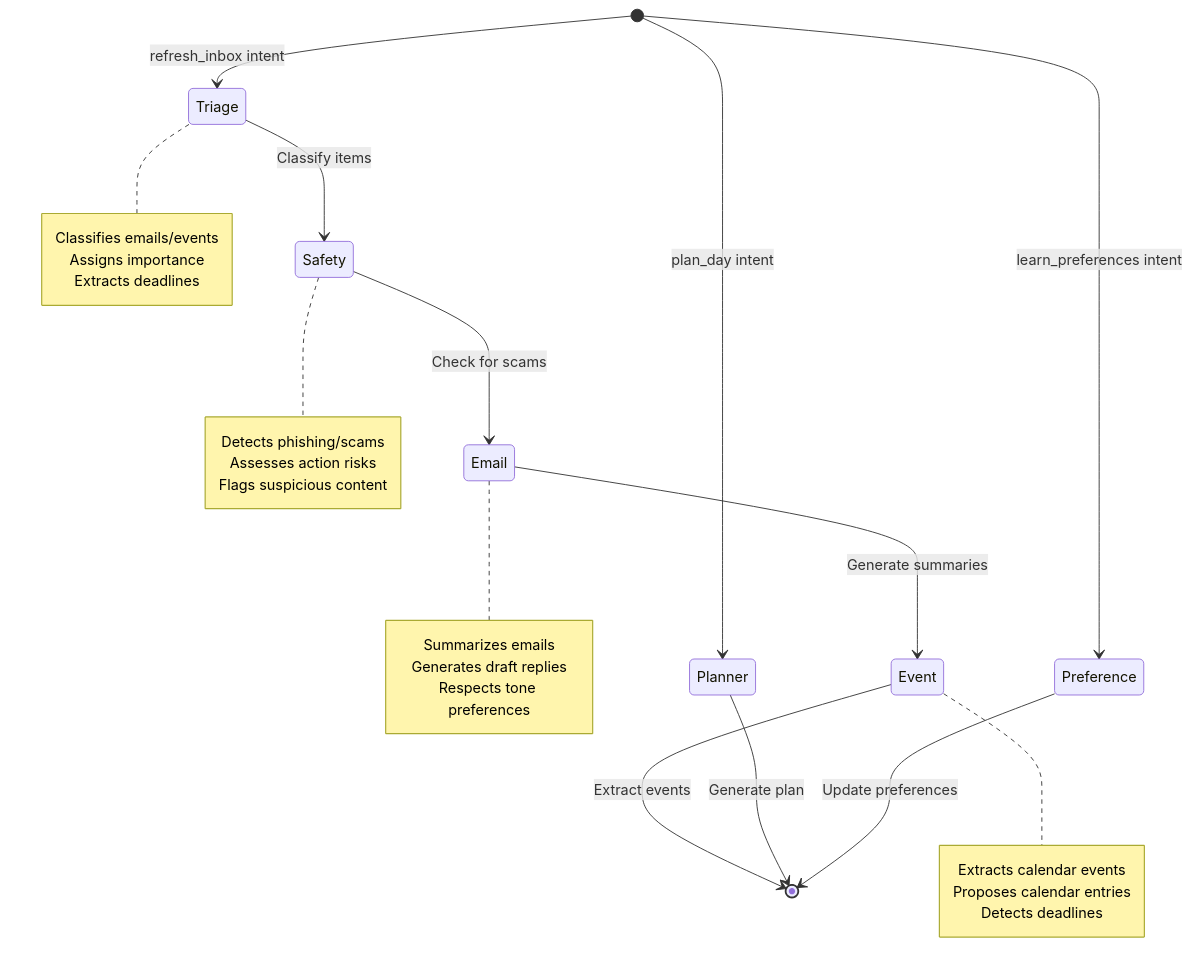
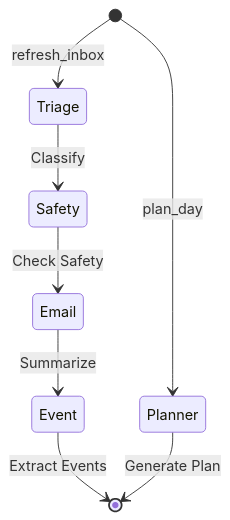
The second of 2 diagrams in README.md (oneKn8/Mini-os), drawn with Mermaid before and after one commit. The commit also changed other lines of this file, not shown here.

````diff
--- a/README.md
+++ b/README.md
@@ -271,39 +102,11 @@
 ```mermaid
 stateDiagram-v2
-    [*] --> Triage: refresh_inbox intent
+    [*] --> Triage: refresh_inbox
+    Triage --> Safety: Classify
+    Safety --> Email: Check Safety
+    Email --> Event: Summarize
+    Event --> [*]: Extract Events
     
-    Triage --> Safety: Classify items
-    Safety --> Email: Check for scams
-    Email --> Event: Generate summaries
-    Event --> [*]: Extract events
-    
-    [*] --> Planner: plan_day intent
-    Planner --> [*]: Generate plan
-    
-    [*] --> Preference: learn_preferences intent
-    Preference --> [*]: Update preferences
-    
-    note right of Triage
-        Classifies emails/events
-        Assigns importance
-        Extracts deadlines
-    end note
-    
-    note right of Safety
-        Detects phishing/scams
-        Assesses action risks
-        Flags suspicious content
-    end note
-    
-    note right of Email
-        Summarizes emails
-        Generates draft replies
-        Respects tone preferences
-    end note
-    
-    note right of Event
-        Extracts calendar events
-        Proposes calendar entries
-        Detects deadlines
-    end note
+    [*] --> Planner: plan_day
+    Planner --> [*]: Generate Plan
 ```
````
